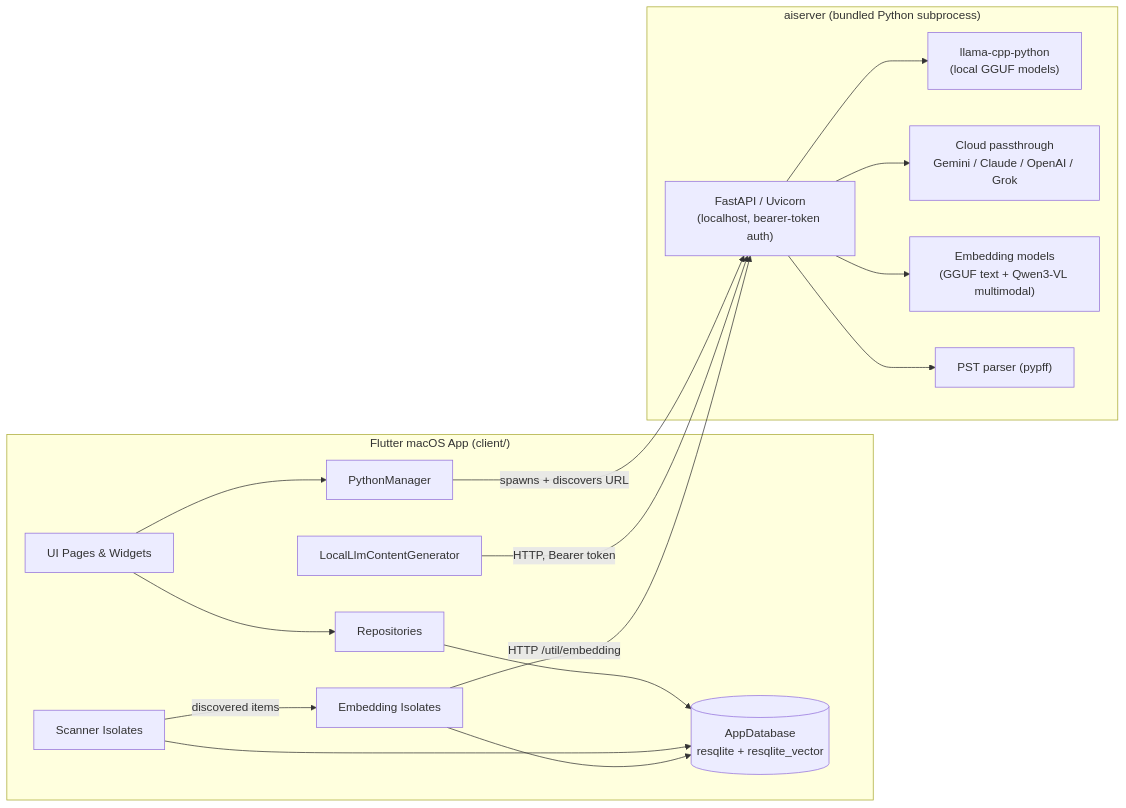
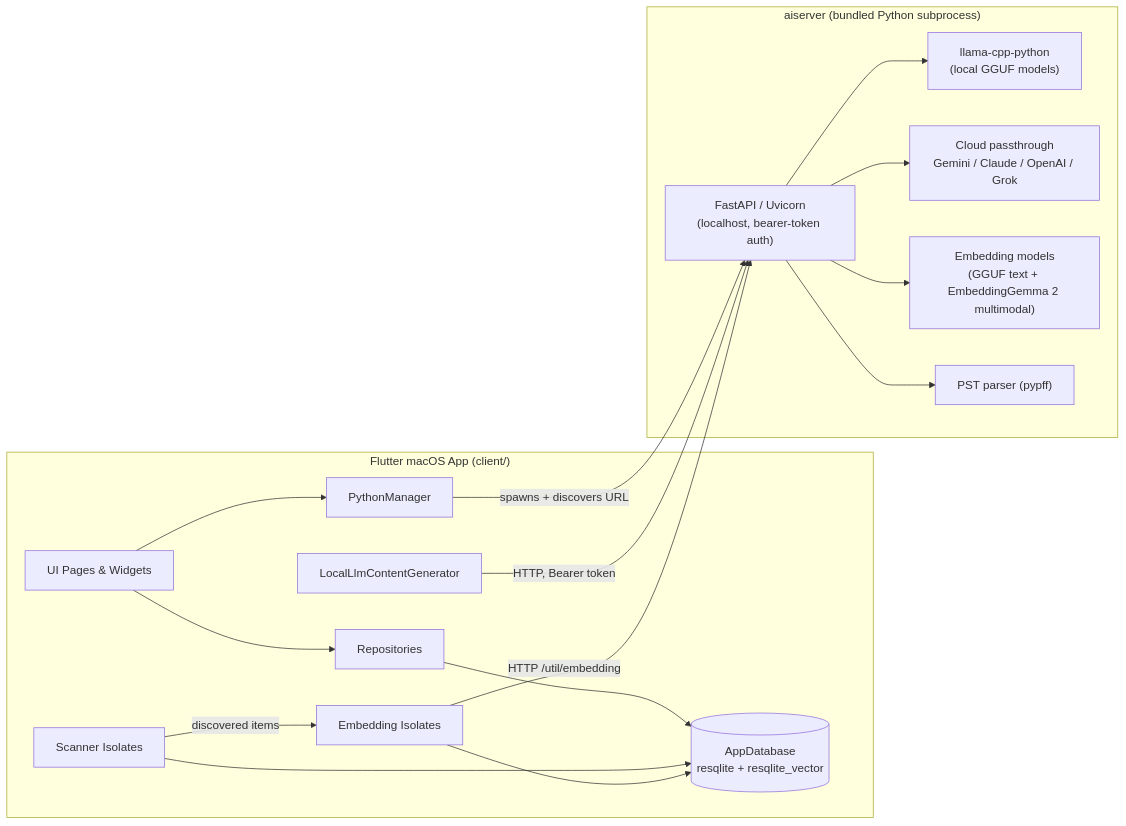
The first of 5 diagrams in ARCHITECTURE.md (XDT-Labs/mydatastudio), drawn with Mermaid before and after one commit. The commit also changed other lines of this file and 44 other files, not shown here.

First line of the commit message:
Migrate local embedding model to EmbeddingGemma 2

````diff
--- a/ARCHITECTURE.md
+++ b/ARCHITECTURE.md
@@ -25,33 +25,33 @@
 ```mermaid
 flowchart LR
     subgraph Flutter["Flutter macOS App (client/)"]
         UI["UI Pages & Widgets"]
         Repo["Repositories"]
         DB[("AppDatabase\nresqlite + resqlite_vector")]
         Scanners["Scanner Isolates"]
         EmbIso["Embedding Isolates"]
         PM["PythonManager"]
         LLMGen["LocalLlmContentGenerator"]
     end
 
     subgraph Python["aiserver (bundled Python subprocess)"]
         FastAPI["FastAPI / Uvicorn\n(localhost, bearer-token auth)"]
         Local["llama-cpp-python\n(local GGUF models)"]
         Cloud["Cloud passthrough\nGemini / Claude / OpenAI / Grok"]
-        Embed["Embedding models\n(GGUF text + Qwen3-VL multimodal)"]
+        Embed["Embedding models\n(GGUF text + EmbeddingGemma 2 multimodal)"]
         PST["PST parser (pypff)"]
     end
 
     UI --> Repo --> DB
     Scanners --> DB
     EmbIso --> DB
     Scanners -->|"discovered items"| EmbIso
     UI --> PM
     PM -->|"spawns + discovers URL"| FastAPI
     LLMGen -->|"HTTP, Bearer token"| FastAPI
     EmbIso -->|"HTTP /util/embedding"| FastAPI
     FastAPI --> Local
     FastAPI --> Cloud
     FastAPI --> Embed
     FastAPI --> PST
 ```
````
